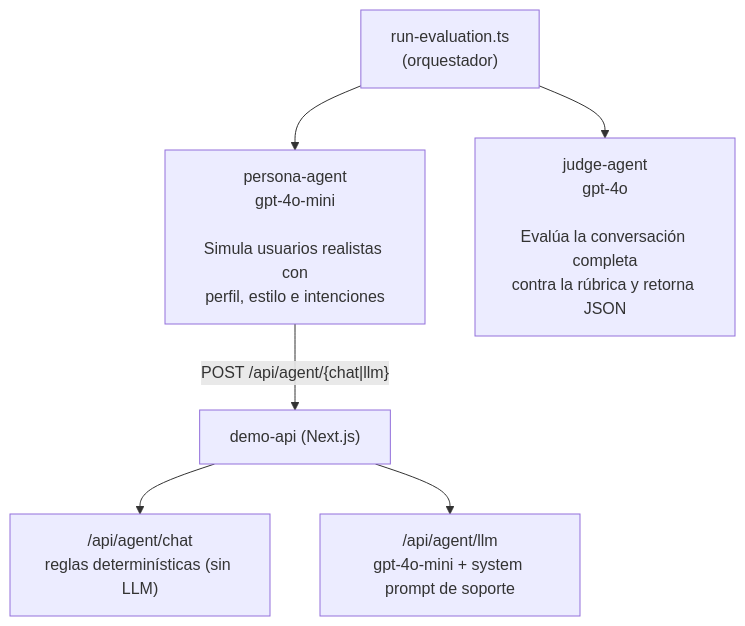
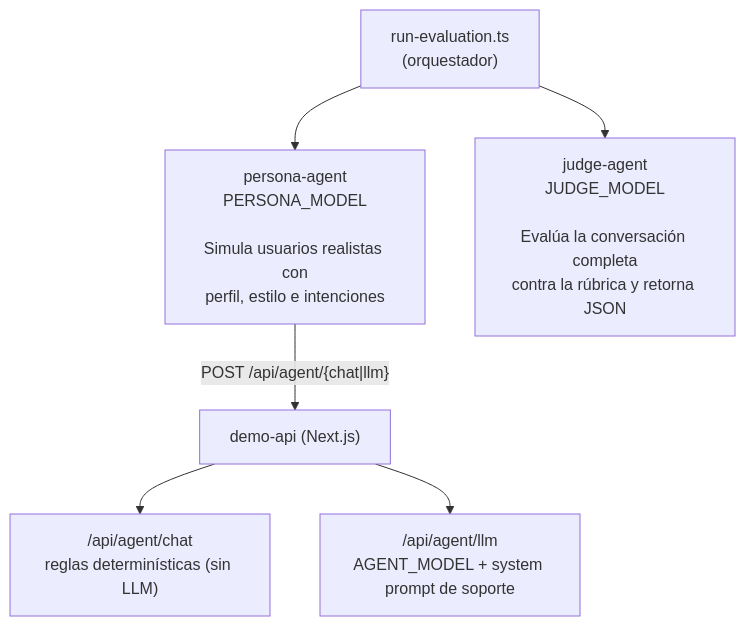
The first of 2 diagrams in estacion8/repos/qa-agent-eval/README.md (arlequine/cohorte6), drawn with Mermaid before and after one commit. The commit also changed other lines of this file and 15 other files, not shown here.

First line of the commit message:
Reemplaza gpt-4o y gpt-4o-mini y mueve los modelos a variables de entorno

````diff
--- a/estacion8/repos/qa-agent-eval/README.md
+++ b/estacion8/repos/qa-agent-eval/README.md
@@ -88,15 +88,15 @@
 ```mermaid
 flowchart TD
     Orq["run-evaluation.ts<br/>(orquestador)"]
-    Persona["persona-agent<br/>gpt-4o-mini<br/><br/>Simula usuarios realistas con<br/>perfil, estilo e intenciones"]
-    Juez["judge-agent<br/>gpt-4o<br/><br/>Evalúa la conversación completa<br/>contra la rúbrica y retorna JSON"]
+    Persona["persona-agent<br/>PERSONA_MODEL<br/><br/>Simula usuarios realistas con<br/>perfil, estilo e intenciones"]
+    Juez["judge-agent<br/>JUDGE_MODEL<br/><br/>Evalúa la conversación completa<br/>contra la rúbrica y retorna JSON"]
     Demo["demo-api (Next.js)"]
     Chat["/api/agent/chat<br/>reglas determinísticas (sin LLM)"]
-    LLM["/api/agent/llm<br/>gpt-4o-mini + system prompt de soporte"]
+    LLM["/api/agent/llm<br/>AGENT_MODEL + system prompt de soporte"]
 
     Orq --> Persona
     Orq --> Juez
     Persona -- "POST /api/agent/{chat|llm}" --> Demo
     Demo --> Chat
     Demo --> LLM
 ```
````
